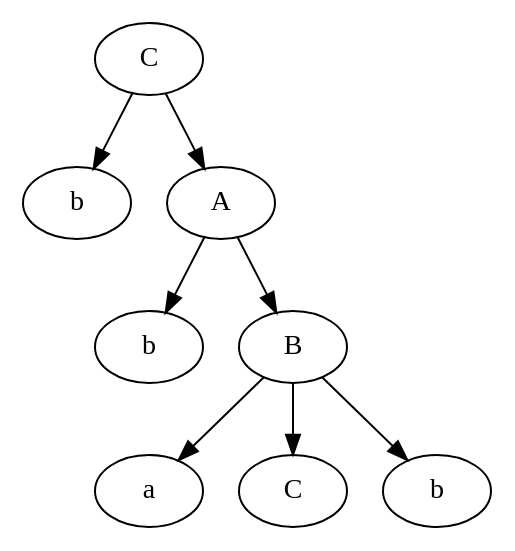
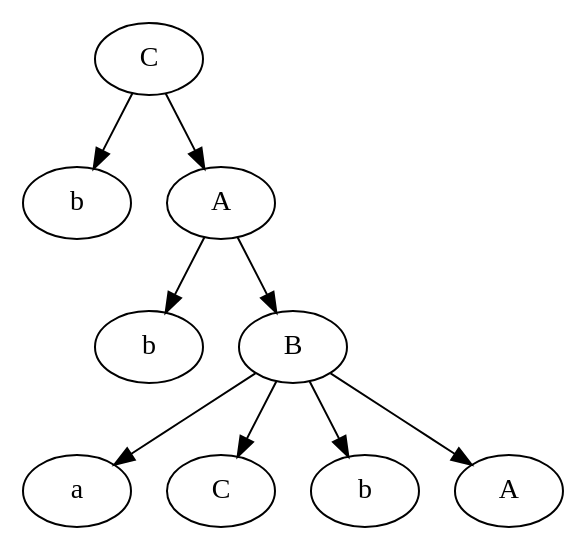
Before and after one commit to Barashkov-GO/tfl_lab3: the diagram in results/test5_C.gv, drawn with Graphviz. The commit also changed 12 other files, not shown here.

```diff
--- a/results/test5_C.gv
+++ b/results/test5_C.gv
@@ -1,18 +1,20 @@
 digraph G {
 	0[label="C"]
 	1[label="b"]
-	7[label="A"]
+	8[label="A"]
 	2[label="b"]
-	6[label="B"]
+	7[label="B"]
 	3[label="a"]
 	4[label="C"]
 	5[label="b"]
-	6->3
-	6->4
-	6->5
-	7->2
+	6[label="A"]
+	7->3
+	7->4
+	7->5
 	7->6
+	8->2
+	8->7
 	0->1
-	0->7
+	0->8
 
 }
```
